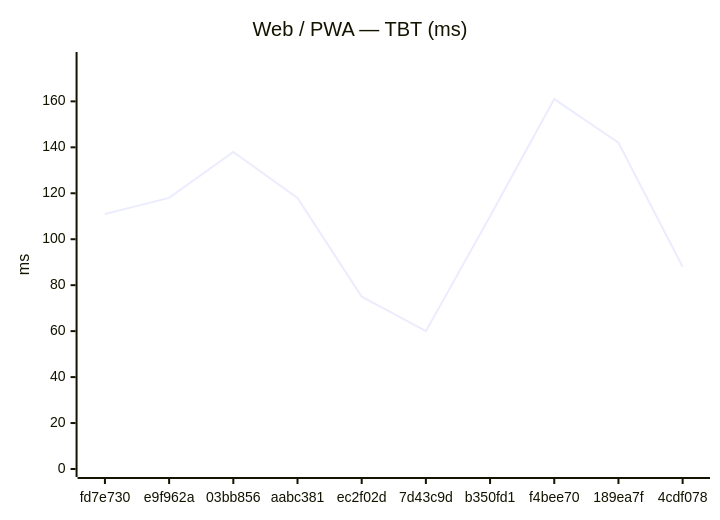
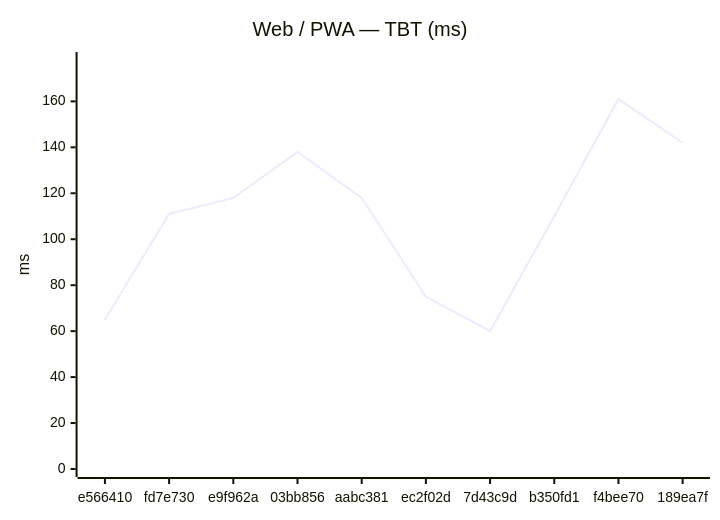
The second of 18 diagrams in benchmarks/compare.md (Metaheurist/Rianell), drawn with Mermaid before and after one commit. The commit also changed other lines of this file and 11 other files, not shown here.

````diff
--- a/benchmarks/compare.md
+++ b/benchmarks/compare.md
@@ -31,7 +31,7 @@
 ```mermaid
 xychart-beta
     title "Web / PWA — TBT (ms)"
-    x-axis ["fd7e730", "e9f962a", "03bb856", "aabc381", "ec2f02d", "7d43c9d", "b350fd1", "f4bee70", "189ea7f", "4cdf078"]
+    x-axis ["e566410", "fd7e730", "e9f962a", "03bb856", "aabc381", "ec2f02d", "7d43c9d", "b350fd1", "f4bee70", "189ea7f"]
     y-axis "ms" 0 --> 178
-    line [111, 118, 138, 118, 75, 60, 110, 161, 142, 88]
+    line [65, 111, 118, 138, 118, 75, 60, 110, 161, 142]
 ```
````
